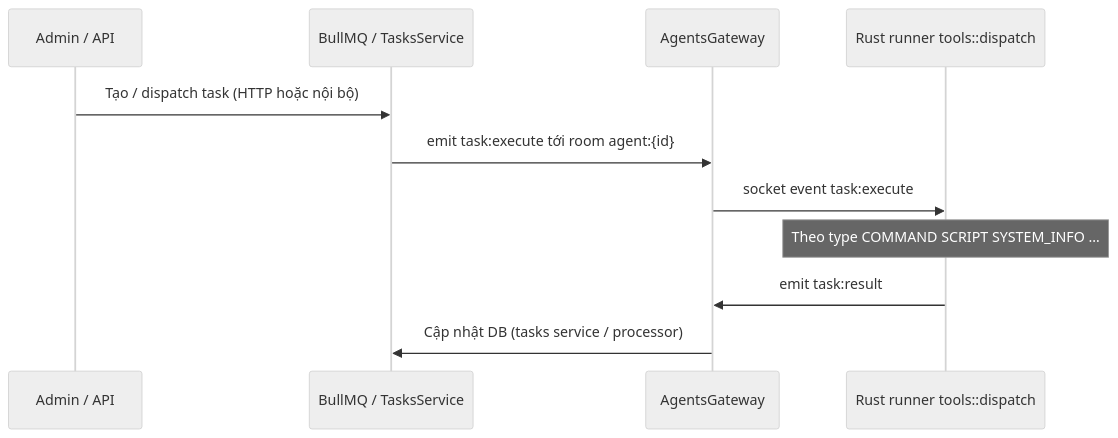
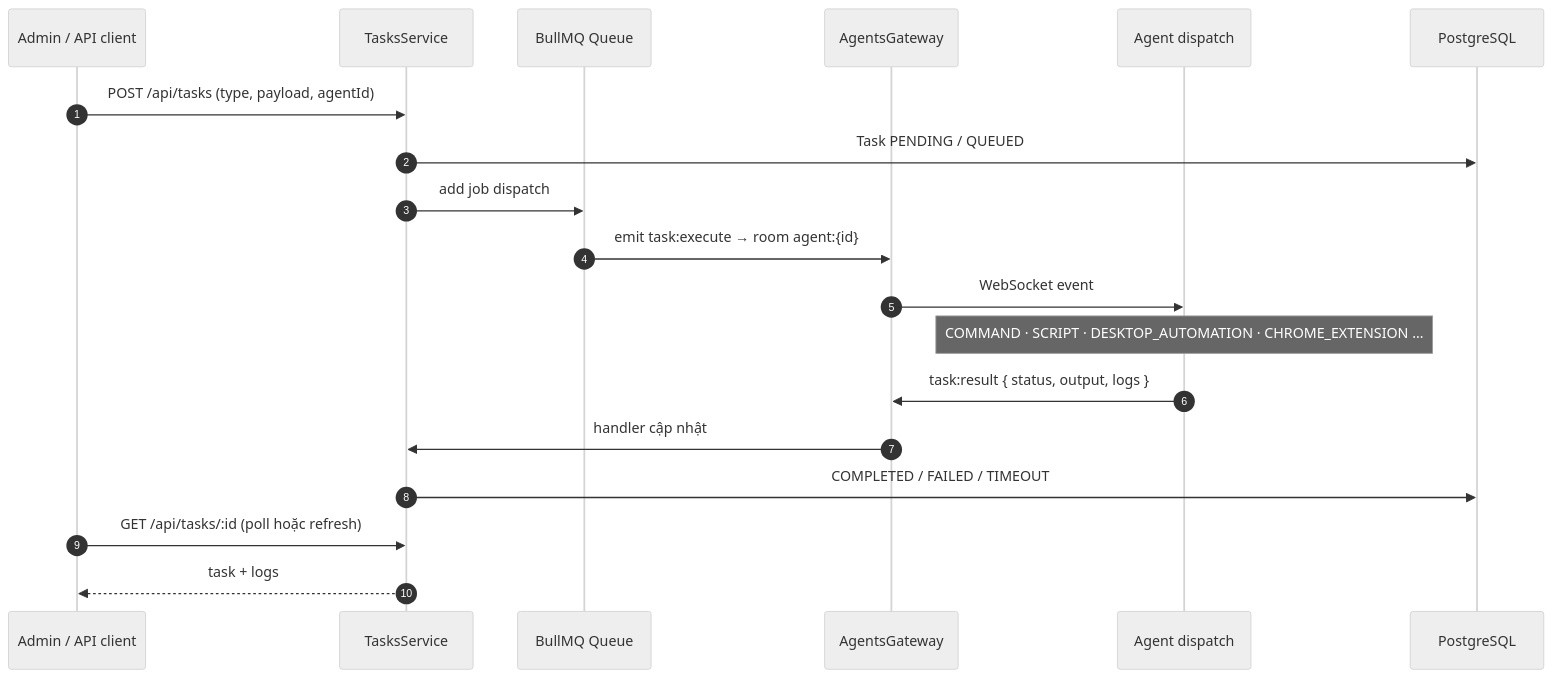
One commit to Daviseraaa/tdoan_remote_datn changed the third of 12 diagrams in docs/project-memory/flows.md. Above: the diagram before and after it, drawn with Mermaid (neutral theme). The commit also changed other lines of this file and 2003 other files, not shown here.

````diff
--- a/docs/project-memory/flows.md
+++ b/docs/project-memory/flows.md
@@ -54,14 +83,22 @@
 ```mermaid
 sequenceDiagram
-  participant AD as Admin / API
-  participant Q as BullMQ / TasksService
+  autonumber
+  participant UI as Admin / API client
+  participant TS as TasksService
+  participant Q as BullMQ Queue
   participant GW as AgentsGateway
-  participant AG as Rust runner tools::dispatch
+  participant AG as Agent dispatch
+  participant DB as PostgreSQL
 
-  AD->>Q: Tạo / dispatch task (HTTP hoặc nội bộ)
-  Q->>GW: emit task:execute tới room agent:{id}
-  GW->>AG: socket event task:execute
-  Note over AG: Theo type COMMAND SCRIPT SYSTEM_INFO …
-  AG->>GW: emit task:result
-  GW->>Q: Cập nhật DB (tasks service / processor)
+  UI->>TS: POST /api/tasks (type, payload, agentId)
+  TS->>DB: Task PENDING / QUEUED
+  TS->>Q: add job dispatch
+  Q->>GW: emit task:execute → room agent:{id}
+  GW->>AG: WebSocket event
+  Note over AG: COMMAND · SCRIPT · DESKTOP_AUTOMATION · CHROME_EXTENSION …
+  AG->>GW: task:result { status, output, logs }
+  GW->>TS: handler cập nhật
+  TS->>DB: COMPLETED / FAILED / TIMEOUT
+  UI->>TS: GET /api/tasks/:id (poll hoặc refresh)
+  TS-->>UI: task + logs
 ```
````
